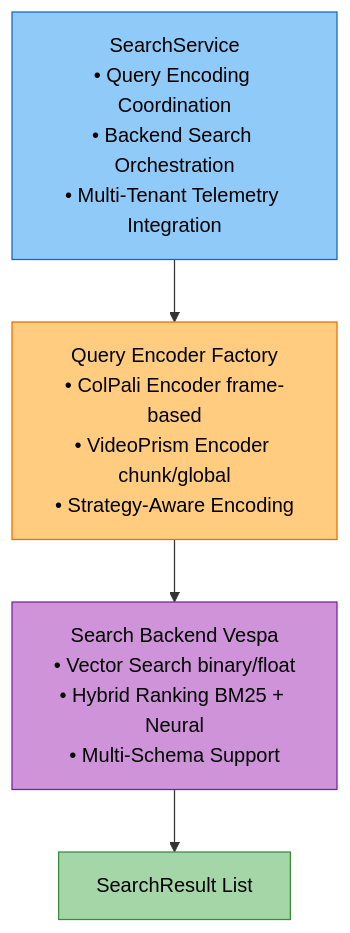
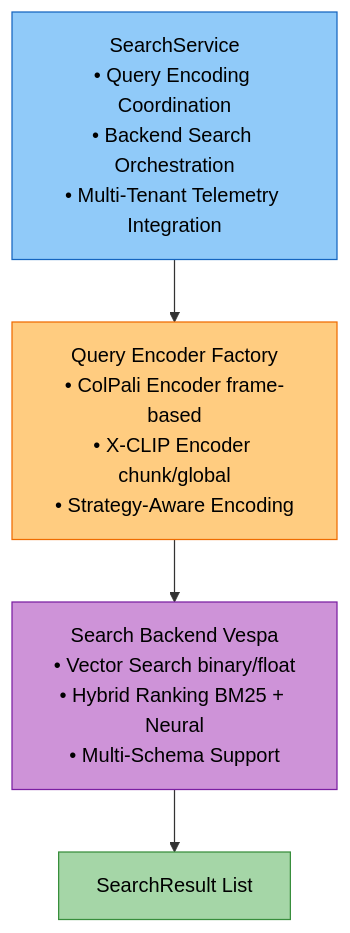
One commit to amit-jain/cogniverse changed the first of 3 diagrams in docs/modules/search-reranking.md. Above: the diagram before and after it, drawn with Mermaid. The commit also changed 168 other files, not shown here.

First line of the commit message:
Remove VideoPrism; X-CLIP is the video embedder

````diff
--- a/docs/modules/search-reranking.md
+++ b/docs/modules/search-reranking.md
@@ -58,15 +58,15 @@
 ```mermaid
 flowchart TB
     SearchService["<span style='color:#000'>SearchService<br/>• Query Encoding Coordination<br/>• Backend Search Orchestration<br/>• Multi-Tenant Telemetry Integration</span>"]
 
-    SearchService --> EncoderFactory["<span style='color:#000'>Query Encoder Factory<br/>• ColPali Encoder frame-based<br/>• VideoPrism Encoder chunk/global<br/>• Strategy-Aware Encoding</span>"]
+    SearchService --> EncoderFactory["<span style='color:#000'>Query Encoder Factory<br/>• ColPali Encoder frame-based<br/>• X-CLIP Encoder chunk/global<br/>• Strategy-Aware Encoding</span>"]
 
     EncoderFactory --> Backend["<span style='color:#000'>Search Backend Vespa<br/>• Vector Search binary/float<br/>• Hybrid Ranking BM25 + Neural<br/>• Multi-Schema Support</span>"]
 
     Backend --> Results["<span style='color:#000'>SearchResult List</span>"]
 
     style SearchService fill:#90caf9,stroke:#1565c0,color:#000
     style EncoderFactory fill:#ffcc80,stroke:#ef6c00,color:#000
     style Backend fill:#ce93d8,stroke:#7b1fa2,color:#000
     style Results fill:#a5d6a7,stroke:#388e3c,color:#000
 ```
````
